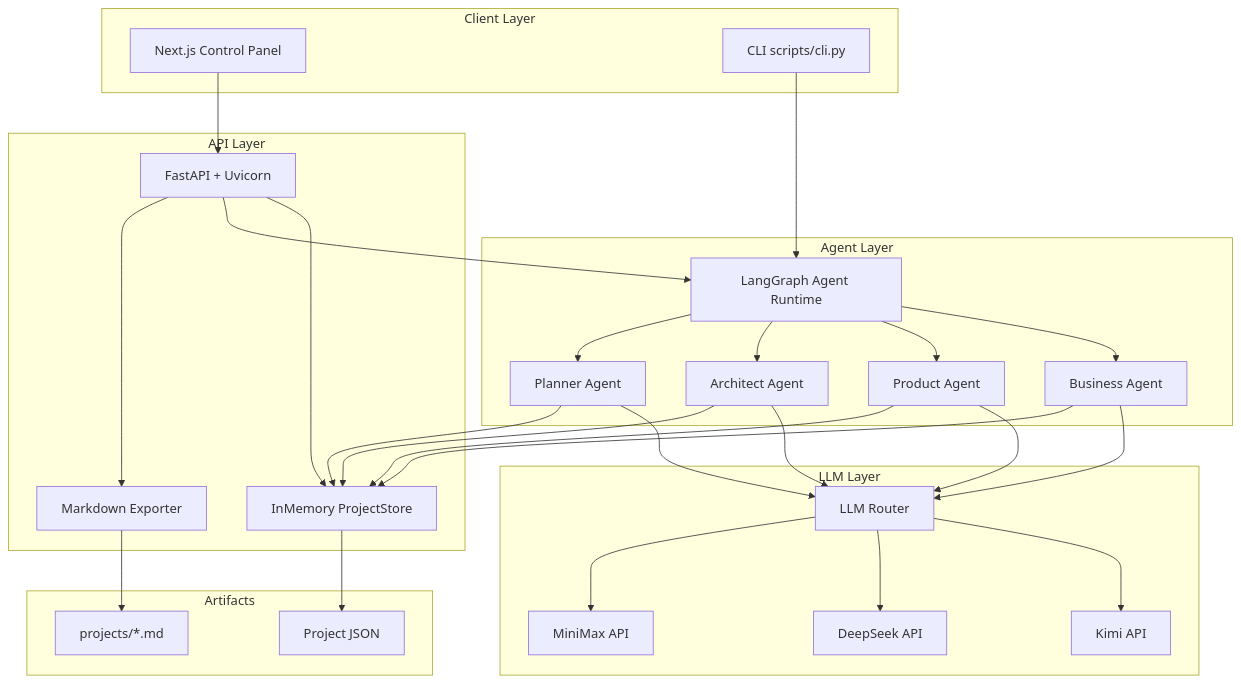
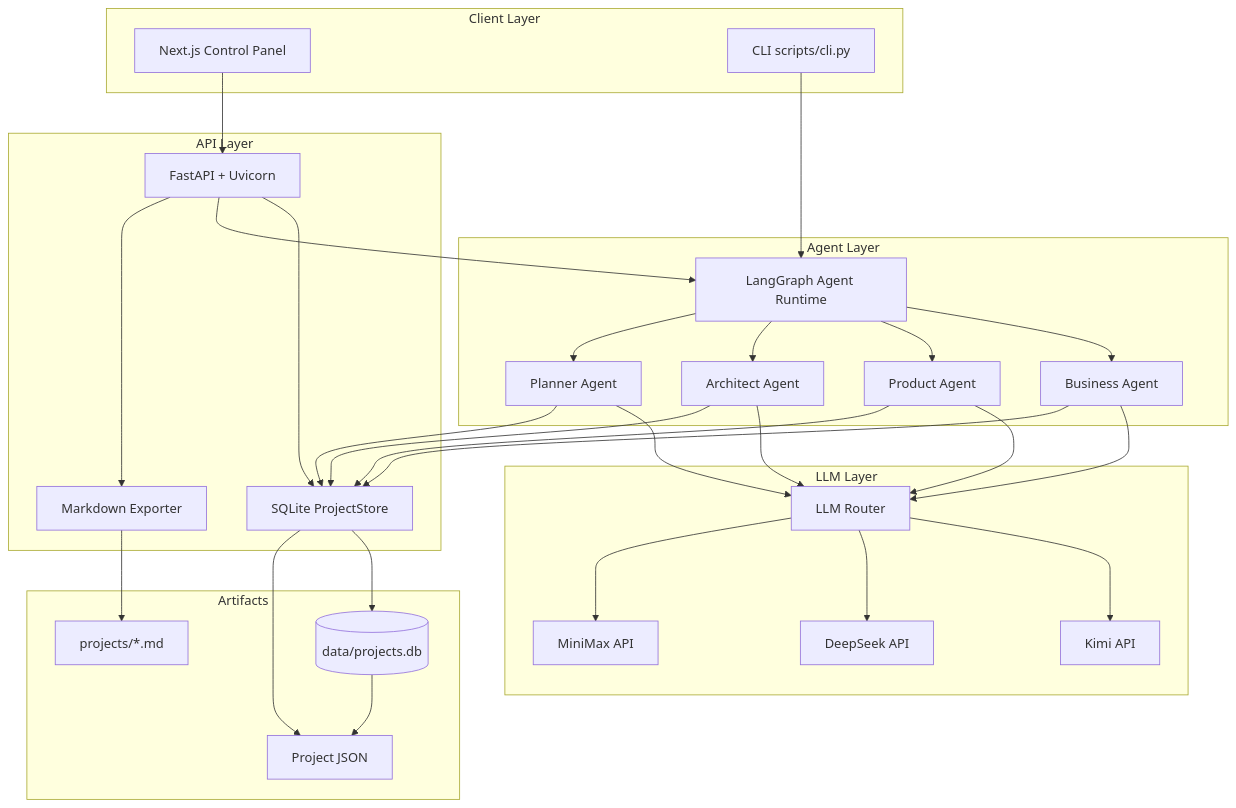
Before and after one commit to williamjxj/idea2spec: the first of 13 diagrams in docs/tech-stack.md, drawn with Mermaid. The commit also changed other lines of this file and 4 other files, not shown here.

First line of the commit message:
Update docs: README, tech-stack, roadmap, kb, AGENTS.md for current state

````diff
--- a/docs/tech-stack.md
+++ b/docs/tech-stack.md
@@ -11,56 +11,60 @@
 ```mermaid
 flowchart TB
   subgraph client [Client Layer]
     Browser[Next.js Control Panel]
     CLI[CLI scripts/cli.py]
   end
 
   subgraph api [API Layer]
     FastAPI[FastAPI + Uvicorn]
-    Store[InMemory ProjectStore]
+    Store[SQLite ProjectStore]
     Export[Markdown Exporter]
   end
 
   subgraph agents [Agent Layer]
     Runtime[LangGraph Agent Runtime]
     BA[Business Agent]
     PA[Product Agent]
     AA[Architect Agent]
     PL[Planner Agent]
   end
 
   subgraph llm [LLM Layer]
     Router[LLM Router]
     Kimi[Kimi API]
     DeepSeek[DeepSeek API]
     MiniMax[MiniMax API]
   end
 
   subgraph artifacts [Artifacts]
     ProjectJSON[Project JSON]
+    SQLite[(data/projects.db)]
     Workspace[projects/*.md]
   end
+
+  Store --> SQLite
+  SQLite --> ProjectJSON
 
   Browser --> FastAPI
   CLI --> Runtime
   FastAPI --> Store
   FastAPI --> Runtime
   FastAPI --> Export
   Runtime --> BA
   Runtime --> PA
   Runtime --> AA
   Runtime --> PL
   BA --> Router
   PA --> Router
   AA --> Router
   PL --> Router
   Router --> Kimi
   Router --> DeepSeek
   Router --> MiniMax
   BA --> Store
   PA --> Store
   AA --> Store
   PL --> Store
   Store --> ProjectJSON
   Export --> Workspace
 ```
````
